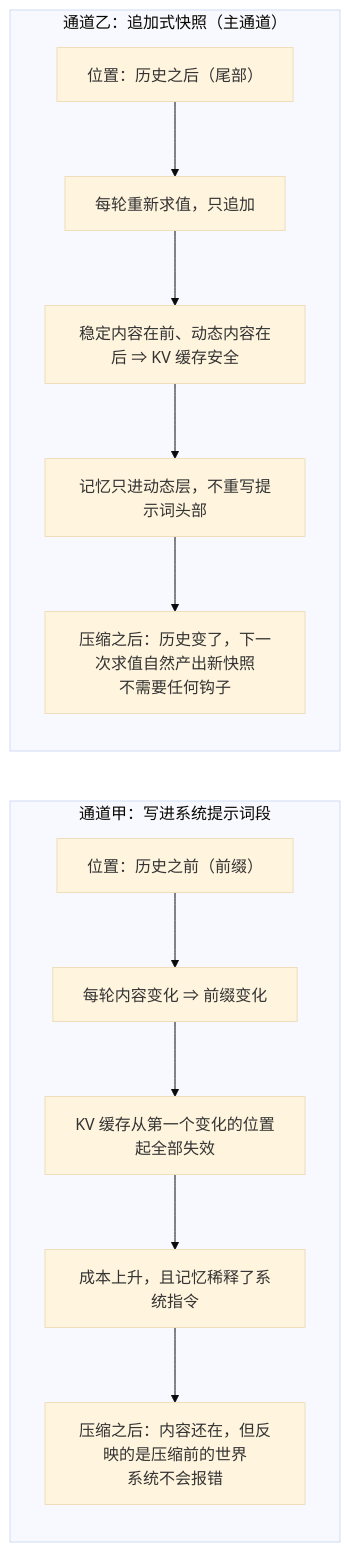
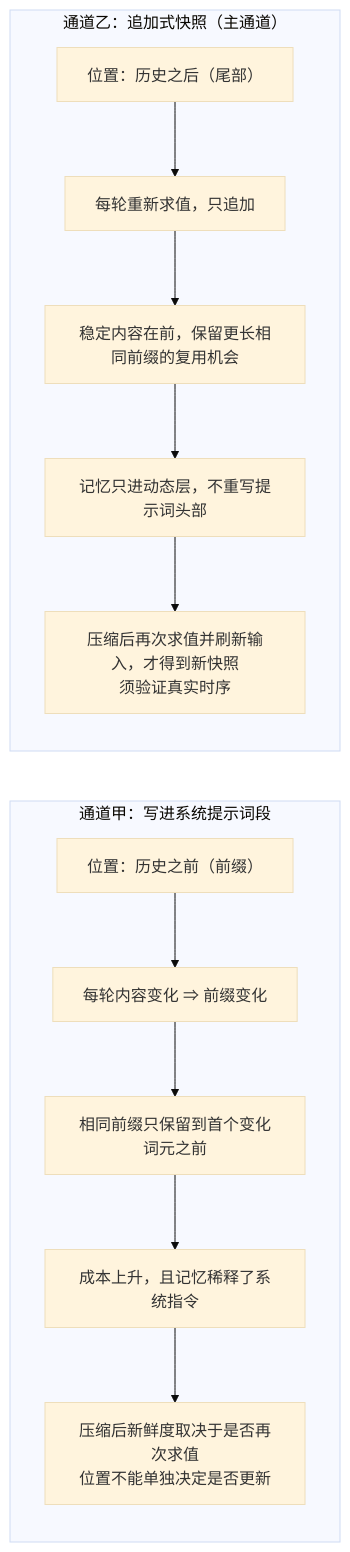
Diagram 20 of 21 in docs/docs_new/11-时序图与流程图集.md (liruilong9999/memory), drawn with Mermaid (base theme) before and after one commit. The commit also changed other lines of this file and 13 other files, not shown here.

````diff
--- a/docs/docs_new/11-时序图与流程图集.md
+++ b/docs/docs_new/11-时序图与流程图集.md
@@ -873,16 +836,16 @@
 ```mermaid
 flowchart LR
     subgraph 通道甲["通道甲：写进系统提示词段"]
         A1["位置：历史之前（前缀）"] --> A2["每轮内容变化 ⇒ 前缀变化"]
-        A2 --> A3["KV 缓存从第一个变化的位置起全部失效"]
+        A2 --> A3["相同前缀只保留到首个变化词元之前"]
         A3 --> A4["成本上升，且记忆稀释了系统指令"]
-        A4 --> A5["压缩之后：内容还在，但反映的是压缩前的世界<br/>系统不会报错"]
+        A4 --> A5["压缩后新鲜度取决于是否再次求值<br/>位置不能单独决定是否更新"]
     end
 
     subgraph 通道乙["通道乙：追加式快照（主通道）"]
         B1["位置：历史之后（尾部）"] --> B2["每轮重新求值，只追加"]
-        B2 --> B3["稳定内容在前、动态内容在后 ⇒ KV 缓存安全"]
+        B2 --> B3["稳定内容在前，保留更长相同前缀的复用机会"]
         B3 --> B4["记忆只进动态层，不重写提示词头部"]
-        B4 --> B5["压缩之后：历史变了，下一次求值自然产出新快照<br/>不需要任何钩子"]
+        B4 --> B5["压缩后再次求值并刷新输入，才得到新快照<br/>须验证真实时序"]
     end
 ```
````
